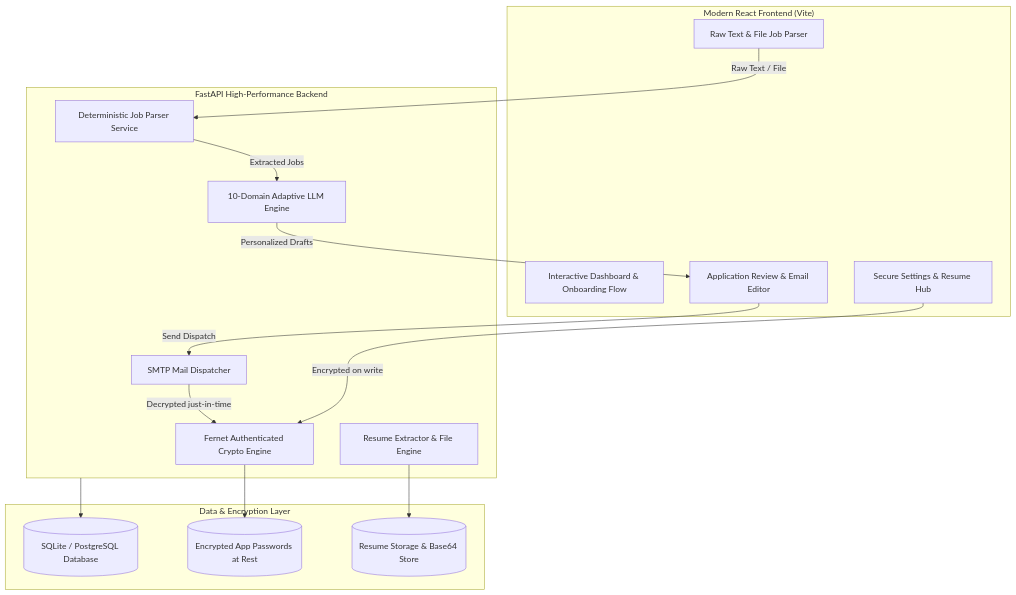
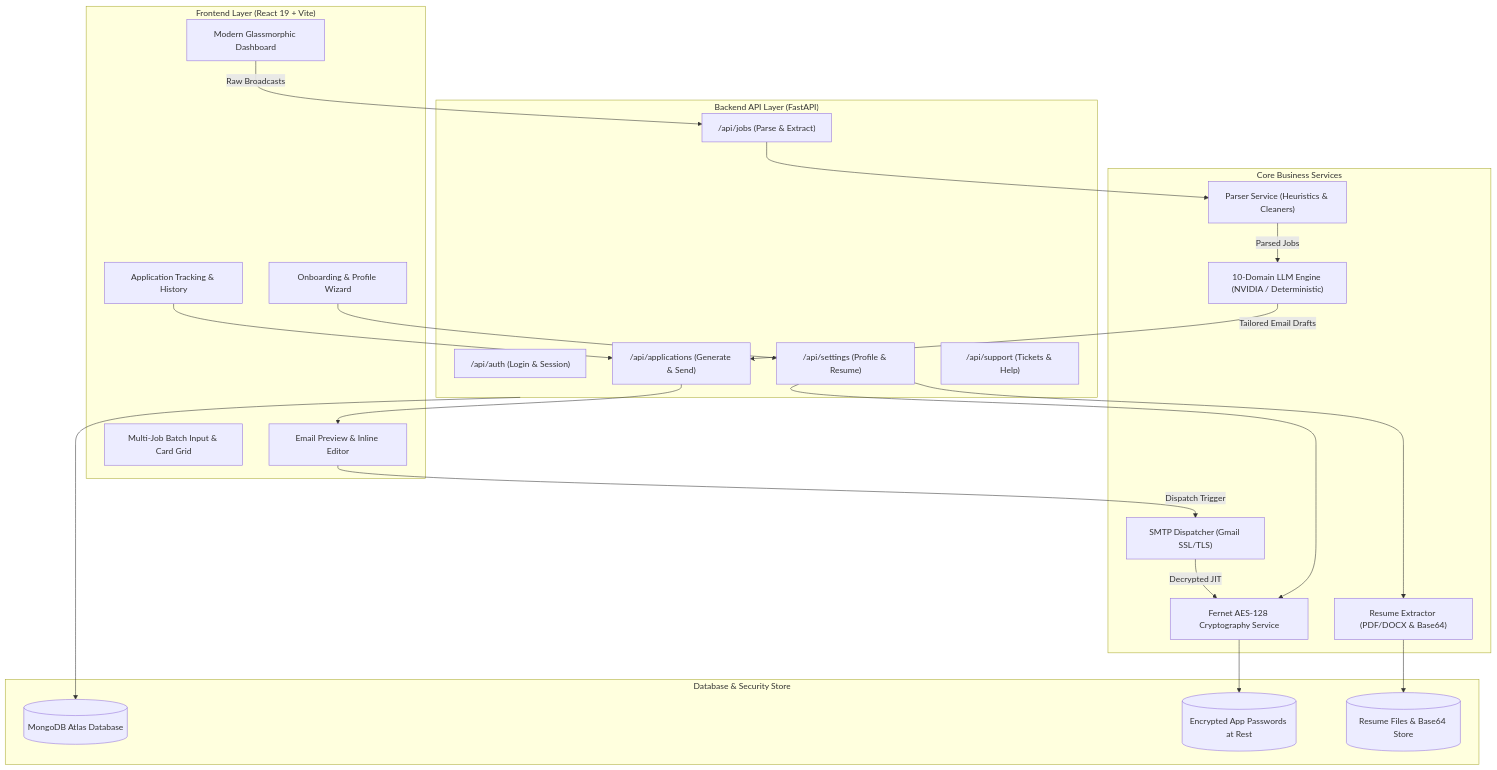
The diagram in README.md (yashn555/ai-job-assistant), drawn with Mermaid before and after one commit. The commit also changed other lines of this file, not shown here.

Commit message:
docs: update README with comprehensive documentation and architecture

````diff
--- a/README.md
+++ b/README.md
@@ -50,33 +82,47 @@
 ```mermaid
 flowchart TD
-    subgraph Frontend["Modern React Frontend (Vite)"]
-        UI["Interactive Dashboard & Onboarding Flow"]
-        ParserInput["Raw Text & File Job Parser"]
-        ReviewEditor["Application Review & Email Editor"]
-        SettingsView["Secure Settings & Resume Hub"]
+    subgraph Client["Frontend Layer (React 19 + Vite)"]
+        UI["Modern Glassmorphic Dashboard"]
+        Onboard["Onboarding & Profile Wizard"]
+        ParserUI["Multi-Job Batch Input & Card Grid"]
+        Modal["Email Preview & Inline Editor"]
+        Tracker["Application Tracking & History"]
     end
 
-    subgraph Backend["FastAPI High-Performance Backend"]
-        Parser["Deterministic Job Parser Service"]
-        LLMEngine["10-Domain Adaptive LLM Engine"]
-        CryptoService["Fernet Authenticated Crypto Engine"]
-        ResumeService["Resume Extractor & File Engine"]
-        MailService["SMTP Mail Dispatcher"]
+    subgraph API["Backend API Layer (FastAPI)"]
+        AuthRouter["/api/auth (Login & Session)"]
+        JobRouter["/api/jobs (Parse & Extract)"]
+        AppRouter["/api/applications (Generate & Send)"]
+        SettingsRouter["/api/settings (Profile & Resume)"]
+        SupportRouter["/api/support (Tickets & Help)"]
     end
 
-    subgraph Storage["Data & Encryption Layer"]
-        DB[(SQLite / PostgreSQL Database)]
-        Cipher[("Encrypted App Passwords at Rest")]
-        Uploads[("Resume Storage & Base64 Store")]
+    subgraph Services["Core Business Services"]
+        ParserSvc["Parser Service (Heuristics & Cleaners)"]
+        LLMSvc["10-Domain LLM Engine (NVIDIA / Deterministic)"]
+        CryptoSvc["Fernet AES-128 Cryptography Service"]
+        ResumeSvc["Resume Extractor (PDF/DOCX & Base64)"]
+        EmailSvc["SMTP Dispatcher (Gmail SSL/TLS)"]
     end
 
-    ParserInput -->|"Raw Text / File"| Parser
-    Parser -->|"Extracted Jobs"| LLMEngine
-    LLMEngine -->|"Personalized Drafts"| ReviewEditor
-    ReviewEditor -->|"Send Dispatch"| MailService
-    MailService -->|"Decrypted just-in-time"| CryptoService
-    SettingsView -->|"Encrypted on write"| CryptoService
-    CryptoService --> Cipher
-    ResumeService --> Uploads
-    Backend --> DB
+    subgraph Data["Database & Security Store"]
+        MongoDB[("MongoDB Atlas Database")]
+        SecureVault[("Encrypted App Passwords at Rest")]
+        FileStore[("Resume Files & Base64 Store")]
+    end
+
+    UI -->|"Raw Broadcasts"| JobRouter
+    JobRouter --> ParserSvc
+    ParserSvc -->|"Parsed Jobs"| LLMSvc
+    LLMSvc -->|"Tailored Email Drafts"| AppRouter
+    AppRouter --> Modal
+    Modal -->|"Dispatch Trigger"| EmailSvc
+    EmailSvc -->|"Decrypted JIT"| CryptoSvc
+    Onboard --> SettingsRouter
+    SettingsRouter --> CryptoSvc
+    CryptoSvc --> SecureVault
+    SettingsRouter --> ResumeSvc
+    ResumeSvc --> FileStore
+    API --> MongoDB
+    Tracker --> AppRouter
 ```
````
